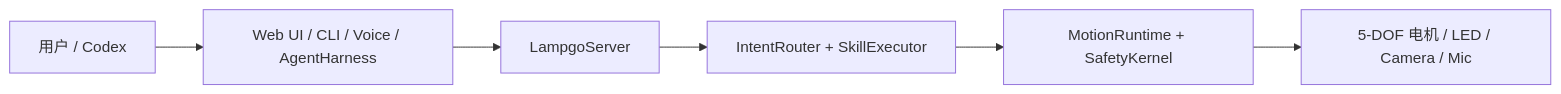
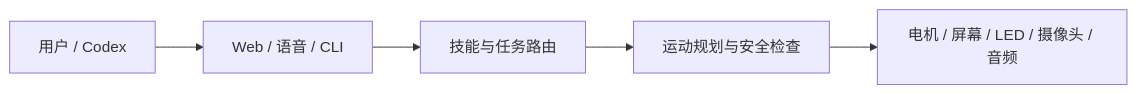
Before and after one commit to ninsmiracle/YareLampGo: the diagram in README.md, drawn with Mermaid. The commit also changed other lines of this file and 56 other files, not shown here.

````diff
--- a/README.md
+++ b/README.md
@@ -237,8 +133,7 @@
 ```mermaid
 flowchart LR
-  user["用户 / Codex"] --> entry["Web UI / CLI / Voice / AgentHarness"]
-  entry --> server["LampgoServer"]
-  server --> skills["IntentRouter + SkillExecutor"]
-  skills --> safety["MotionRuntime + SafetyKernel"]
-  safety --> hardware["5-DOF 电机 / LED / Camera / Mic"]
+  user["用户 / Codex"] --> entry["Web / 语音 / CLI"]
+  entry --> skills["技能与任务路由"]
+  skills --> safety["运动规划与安全检查"]
+  safety --> hardware["电机 / 屏幕 / LED / 摄像头 / 音频"]
 ```
````
